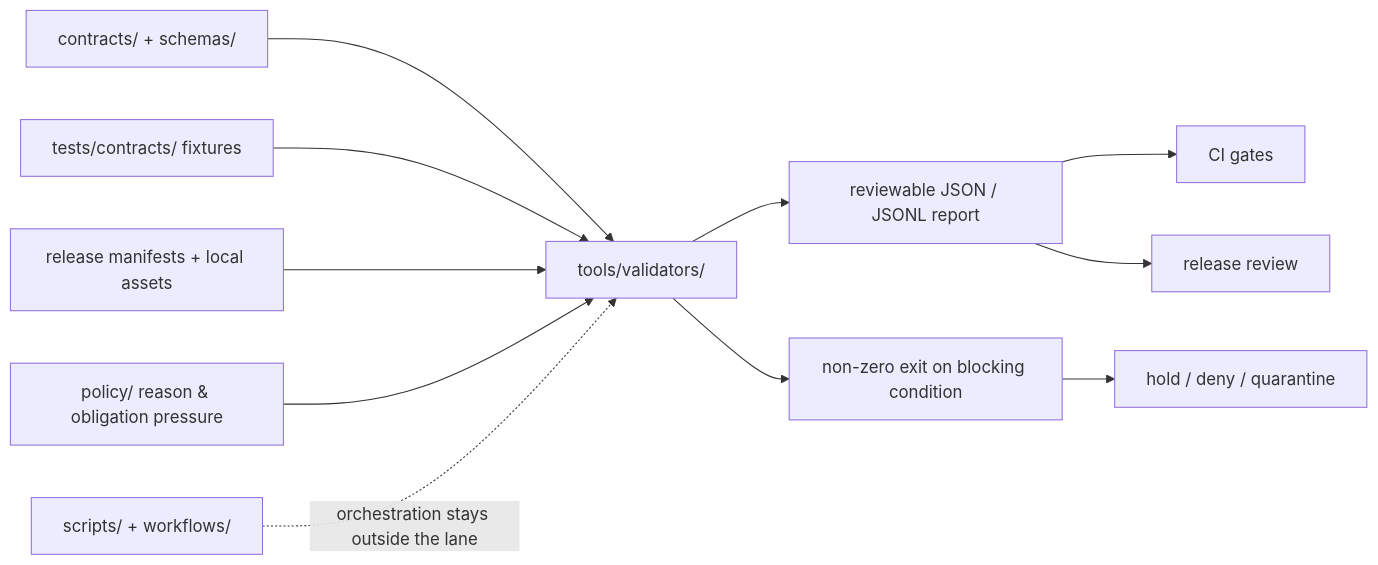
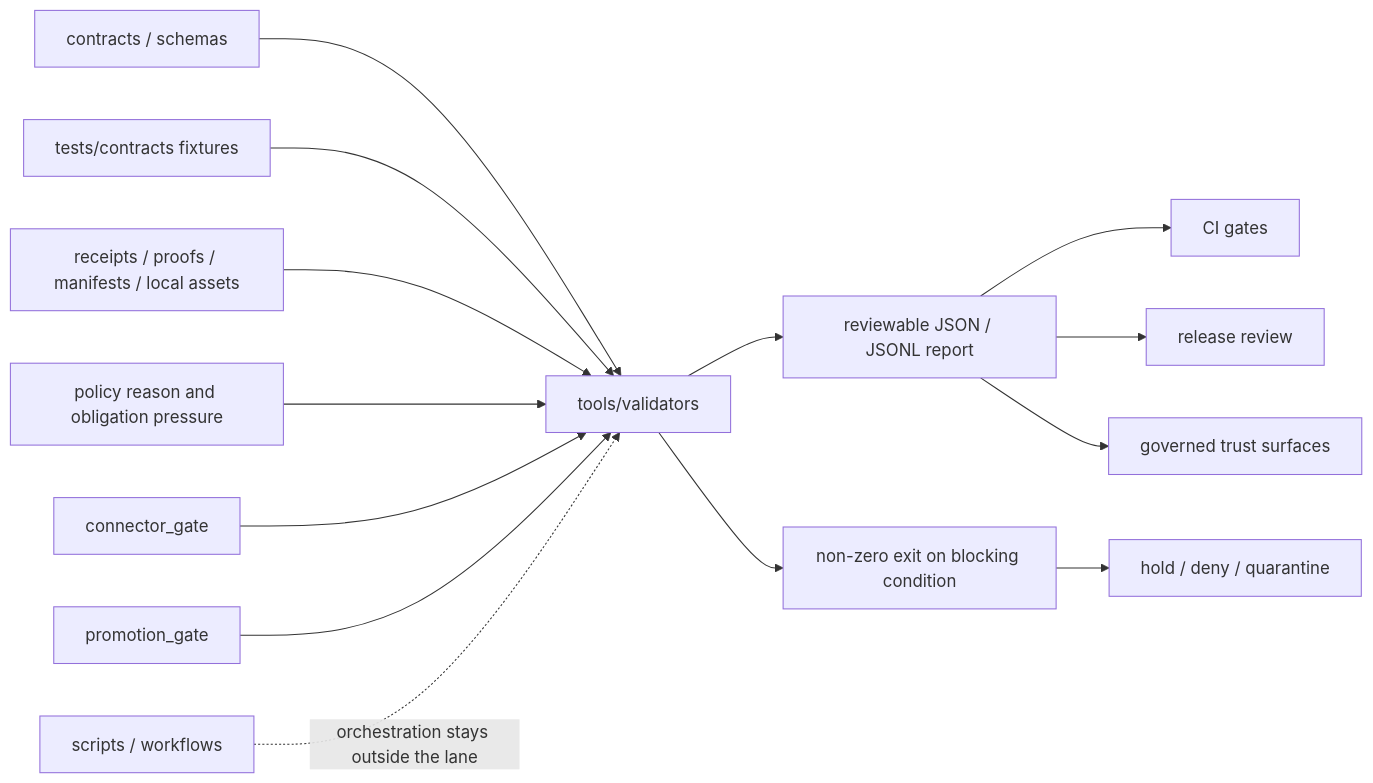
One commit to bartytime4life/Kansas-Frontier-Matrix changed the diagram in tools/validators/README.md. Above: the diagram before and after it, drawn with Mermaid. The commit also changed other lines of this file, not shown here.

First line of the commit message:
Revise README.md for tools/validators

````diff
--- a/tools/validators/README.md
+++ b/tools/validators/README.md
@@ -208,16 +285,20 @@
 ```mermaid
 flowchart LR
-    A[contracts/ + schemas/] --> V[tools/validators/]
-    B[tests/contracts/ fixtures] --> V
-    C[release manifests + local assets] --> V
-    D[policy/ reason & obligation pressure] --> V
+    A[contracts / schemas] --> V[tools/validators]
+    B[tests/contracts fixtures] --> V
+    C[receipts / proofs / manifests / local assets] --> V
+    D[policy reason and obligation pressure] --> V
 
     V --> R[reviewable JSON / JSONL report]
     V --> X[non-zero exit on blocking condition]
 
     R --> CI[CI gates]
     R --> RR[release review]
+    R --> UI[governed trust surfaces]
     X --> HOLD[hold / deny / quarantine]
 
-    S[scripts/ + workflows/] -. orchestration stays outside the lane .-> V
+    CG[connector_gate] --> V
+    PG[promotion_gate] --> V
+
+    S[scripts / workflows] -. orchestration stays outside the lane .-> V
 ```
````
